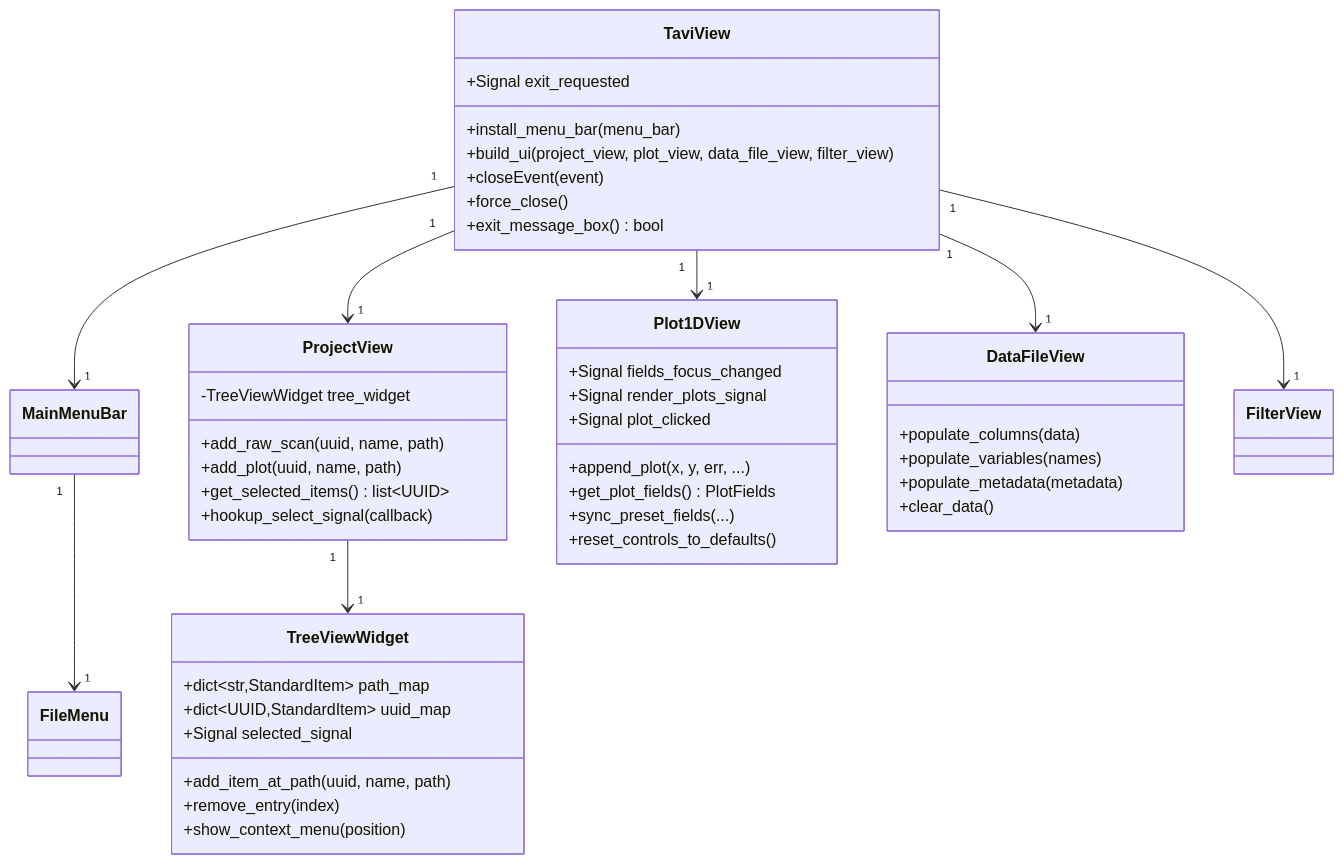
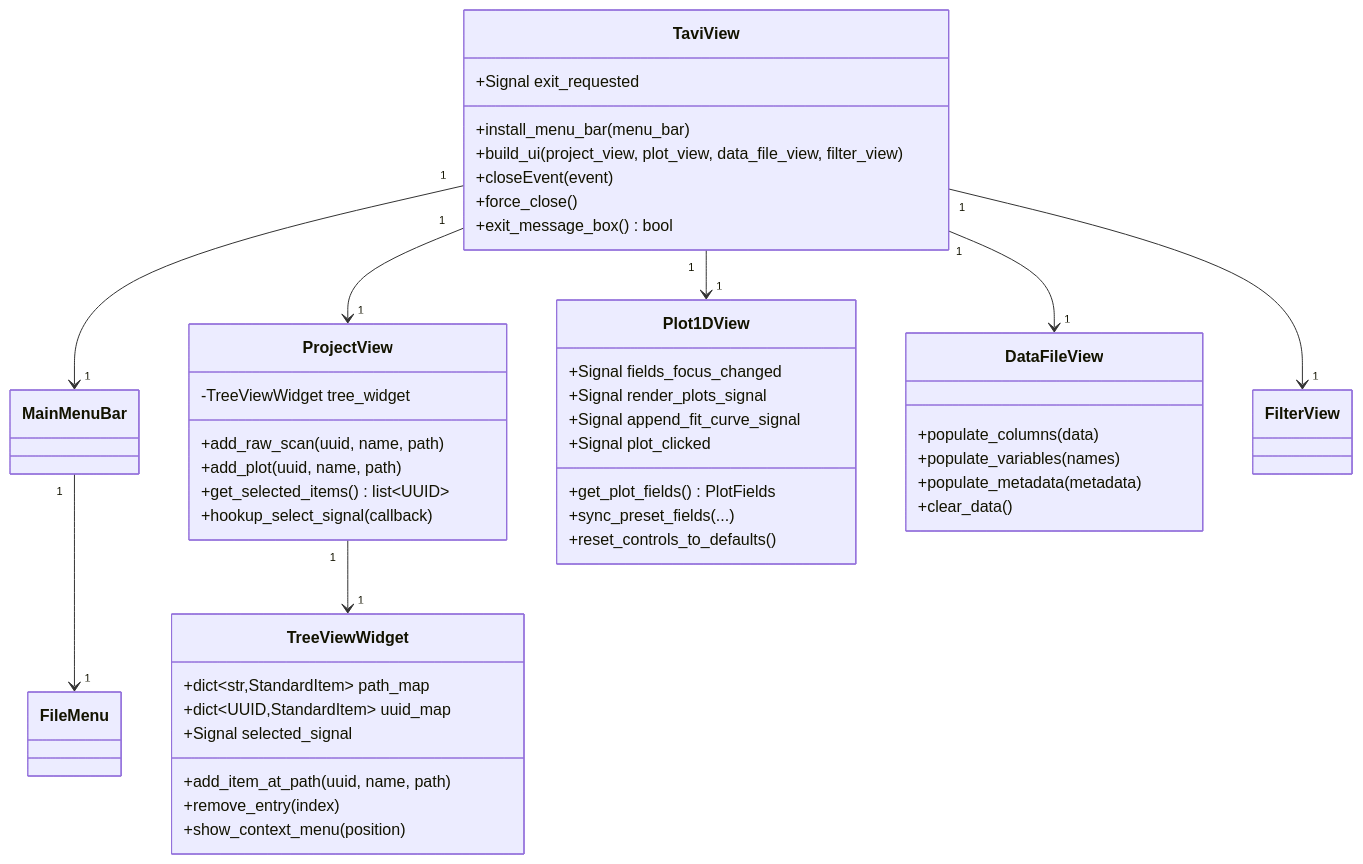
The second of 5 diagrams in docs/source/design/taviclasses.rst (neutrons/TAVI), drawn with Mermaid before and after one commit. The commit also changed 23 other files, not shown here.

```diff
--- a/docs/source/design/taviclasses.rst
+++ b/docs/source/design/taviclasses.rst
@@ -100,53 +100,53 @@
 .. mermaid::
 
  classDiagram
     TaviView "1" --> "1" MainMenuBar
     TaviView "1" --> "1" ProjectView
     TaviView "1" --> "1" Plot1DView
     TaviView "1" --> "1" DataFileView
     TaviView "1" --> "1" FilterView
     MainMenuBar "1" --> "1" FileMenu
     ProjectView "1" --> "1" TreeViewWidget
 
     class TaviView{
         +Signal exit_requested
         +install_menu_bar(menu_bar)
         +build_ui(project_view, plot_view, data_file_view, filter_view)
         +closeEvent(event)
         +force_close()
         +exit_message_box() bool
     }
 
     class ProjectView{
         -TreeViewWidget tree_widget
         +add_raw_scan(uuid, name, path)
         +add_plot(uuid, name, path)
         +get_selected_items() list~UUID~
         +hookup_select_signal(callback)
     }
 
     class TreeViewWidget{
         +dict~str,StandardItem~ path_map
         +dict~UUID,StandardItem~ uuid_map
         +Signal selected_signal
         +add_item_at_path(uuid, name, path)
         +remove_entry(index)
         +show_context_menu(position)
     }
 
     class Plot1DView{
         +Signal fields_focus_changed
         +Signal render_plots_signal
+        +Signal append_fit_curve_signal
         +Signal plot_clicked
-        +append_plot(x, y, err, ...)
         +get_plot_fields() PlotFields
         +sync_preset_fields(...)
         +reset_controls_to_defaults()
     }
 
     class DataFileView{
         +populate_columns(data)
         +populate_variables(names)
         +populate_metadata(metadata)
         +clear_data()
     }
```
